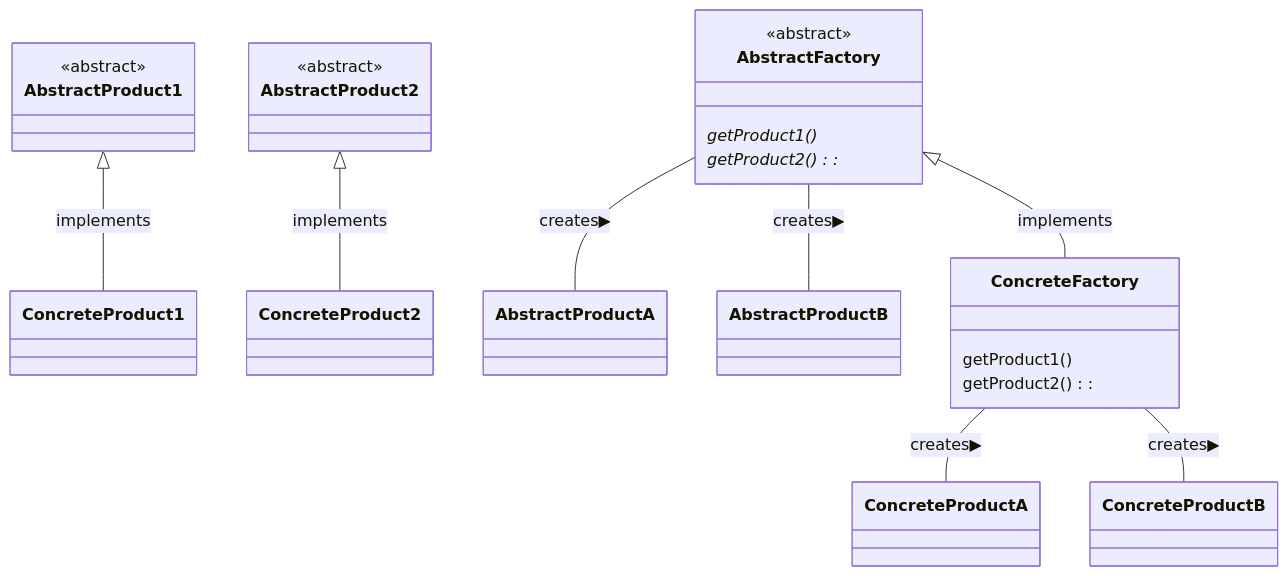
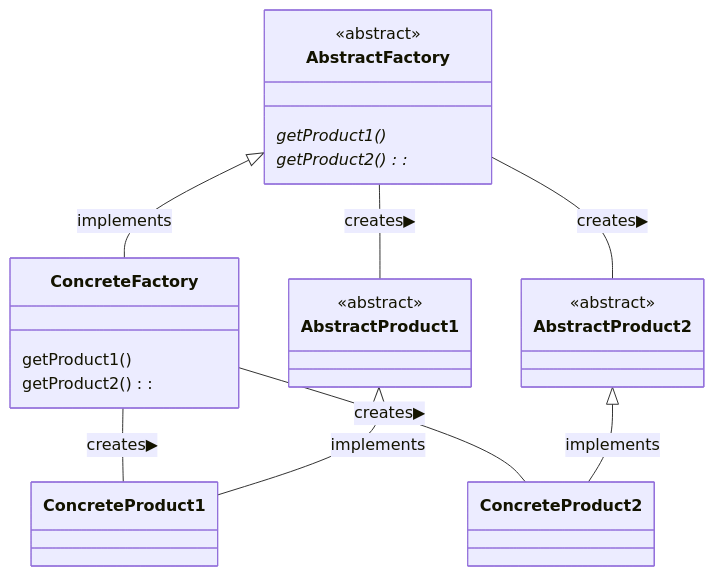
The fourth of 4 diagrams in DesignPattern.md (isoisoisso/08D20148), drawn with Mermaid before and after one commit.

Commit message:
修正

````diff
--- a/DesignPattern.md
+++ b/DesignPattern.md
@@ -349,31 +349,31 @@
 ```mermaid
 classDiagram
     class AbstractFactory{
       <<abstract>>
       getProduct1()*
       getProduct2():*
     }
     class ConcreteFactory{
       getProduct1()
       getProduct2():
     }
     class AbstractProduct1{
       <<abstract>>
     }
     class AbstractProduct2{
       <<abstract>>
     }
     class ConcreteProduct1{
         
     }
     class ConcreteProduct2{
         
     }
-    ConcreteFactory -- ConcreteProductA : creates▶
-    ConcreteFactory -- ConcreteProductB : creates▶
-    AbstractFactory -- AbstractProductA : creates▶
-    AbstractFactory -- AbstractProductB : creates▶
+    ConcreteFactory -- ConcreteProduct1 : creates▶
+    ConcreteFactory -- ConcreteProduct2 : creates▶
+    AbstractFactory -- AbstractProduct1 : creates▶
+    AbstractFactory -- AbstractProduct2 : creates▶
     AbstractFactory <|-- ConcreteFactory : implements
     AbstractProduct1 <|-- ConcreteProduct1 : implements
     AbstractProduct2 <|-- ConcreteProduct2 : implements
 ```
````
